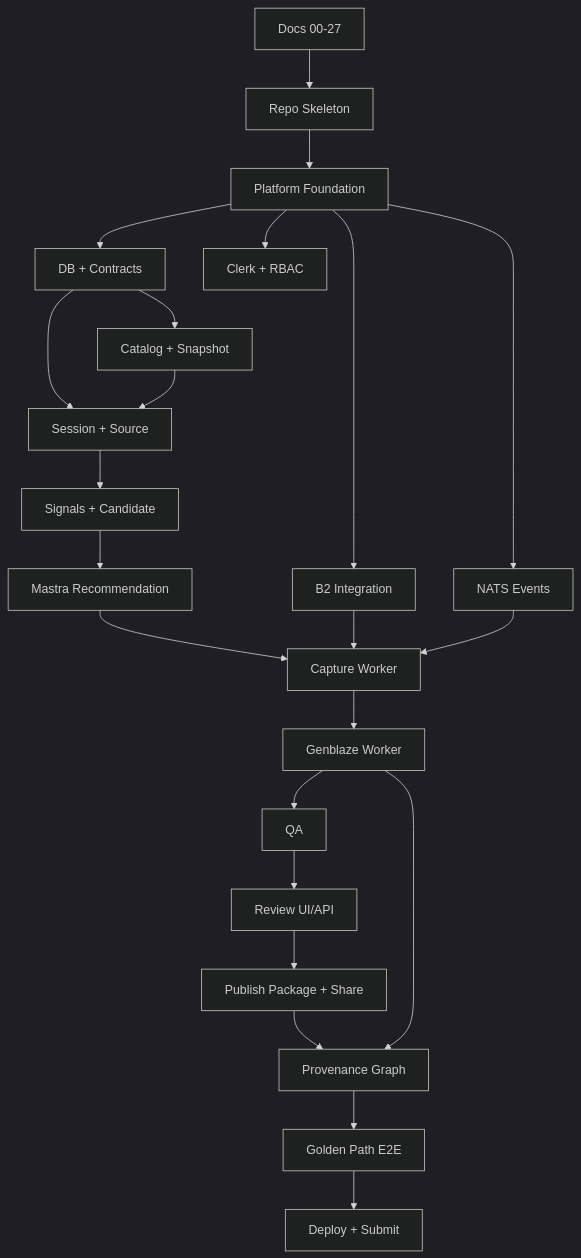
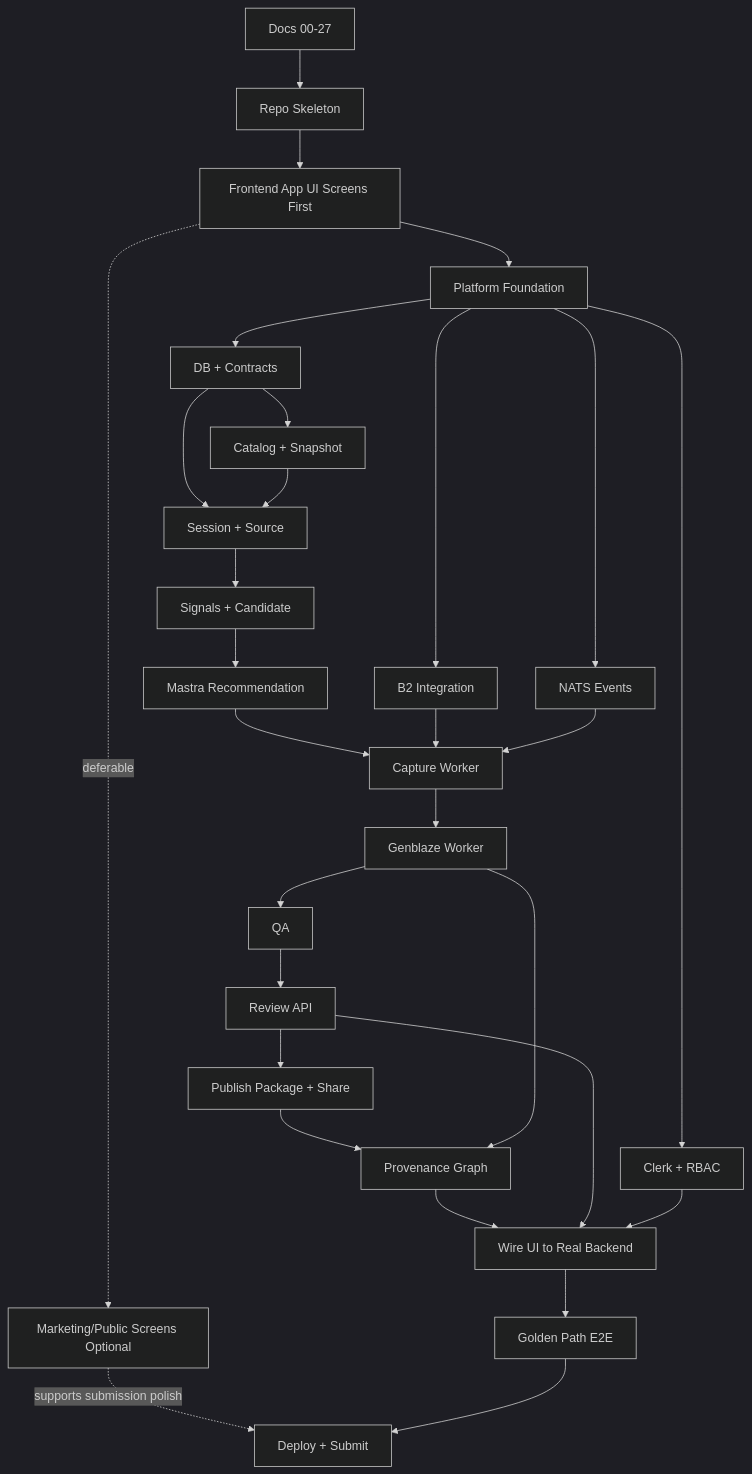
The diagram in docs/engineering/27-implementation-plan-tasks.md (Huzaifa-Shahid-6ll/lumiq), drawn with Mermaid (dark theme) before and after one commit. The commit also changed other lines of this file, not shown here.

````diff
--- a/docs/engineering/27-implementation-plan-tasks.md
+++ b/docs/engineering/27-implementation-plan-tasks.md
@@ -767,45 +908,54 @@
 ```mermaid
 flowchart TB
   Specs[Docs 00-27]
   Repo[Repo Skeleton]
+  UI[Frontend App UI Screens First]
+  Marketing[Marketing/Public Screens Optional]
   Foundation[Platform Foundation]
   Data[DB + Contracts]
   B2[B2 Integration]
   NATS[NATS Events]
   Auth[Clerk + RBAC]
   Catalog[Catalog + Snapshot]
   Session[Session + Source]
   Signals[Signals + Candidate]
   Mastra[Mastra Recommendation]
   Capture[Capture Worker]
   Gen[Genblaze Worker]
   QA[QA]
-  Review[Review UI/API]
+  ReviewAPI[Review API]
   Publish[Publish Package + Share]
   Prov[Provenance Graph]
+  Wire[Wire UI to Real Backend]
   E2E[Golden Path E2E]
   Deploy[Deploy + Submit]
 
   Specs --> Repo
-  Repo --> Foundation
+  Repo --> UI
+  UI -. deferable .-> Marketing
+  UI --> Foundation
   Foundation --> Auth
   Foundation --> NATS
   Foundation --> B2
   Foundation --> Data
   Data --> Catalog
   Data --> Session
   Catalog --> Session
   Session --> Signals
   Signals --> Mastra
   Mastra --> Capture
   B2 --> Capture
   NATS --> Capture
   Capture --> Gen
   Gen --> QA
-  QA --> Review
-  Review --> Publish
+  QA --> ReviewAPI
+  ReviewAPI --> Publish
   Publish --> Prov
   Gen --> Prov
-  Prov --> E2E
+  Prov --> Wire
+  ReviewAPI --> Wire
+  Auth --> Wire
+  Wire --> E2E
+  Marketing -. supports submission polish .-> Deploy
   E2E --> Deploy
 ```
````
